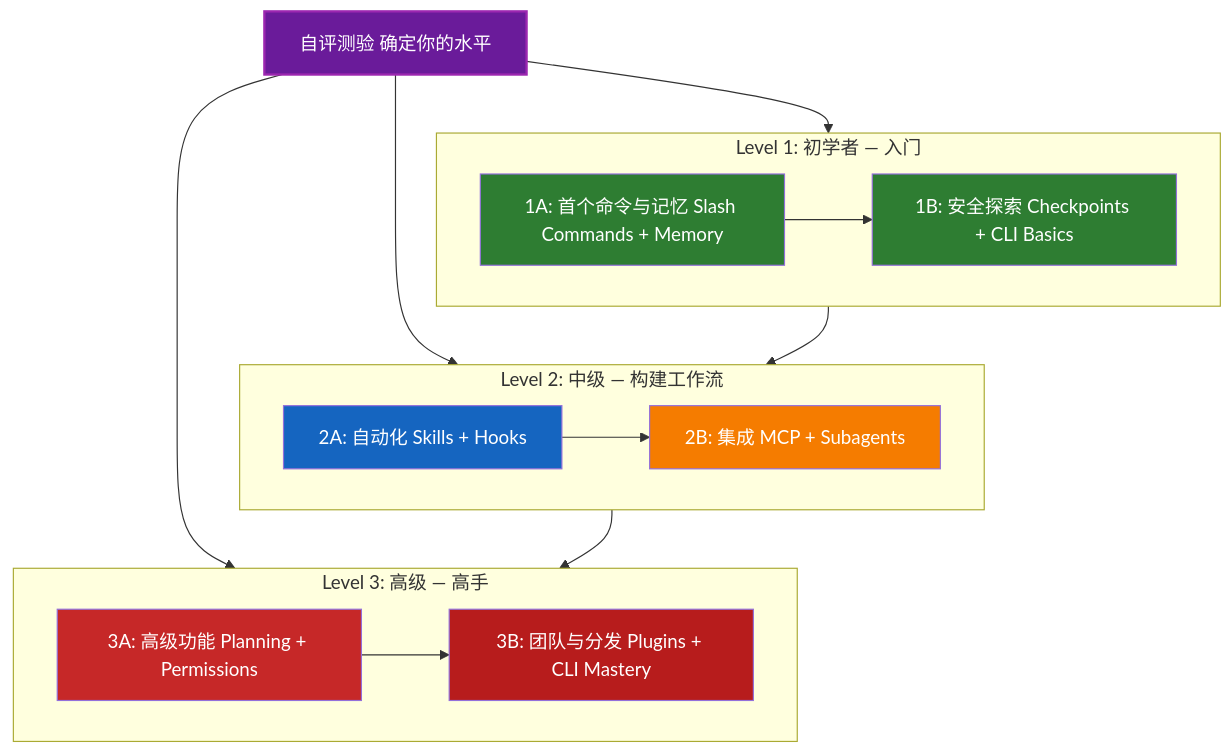
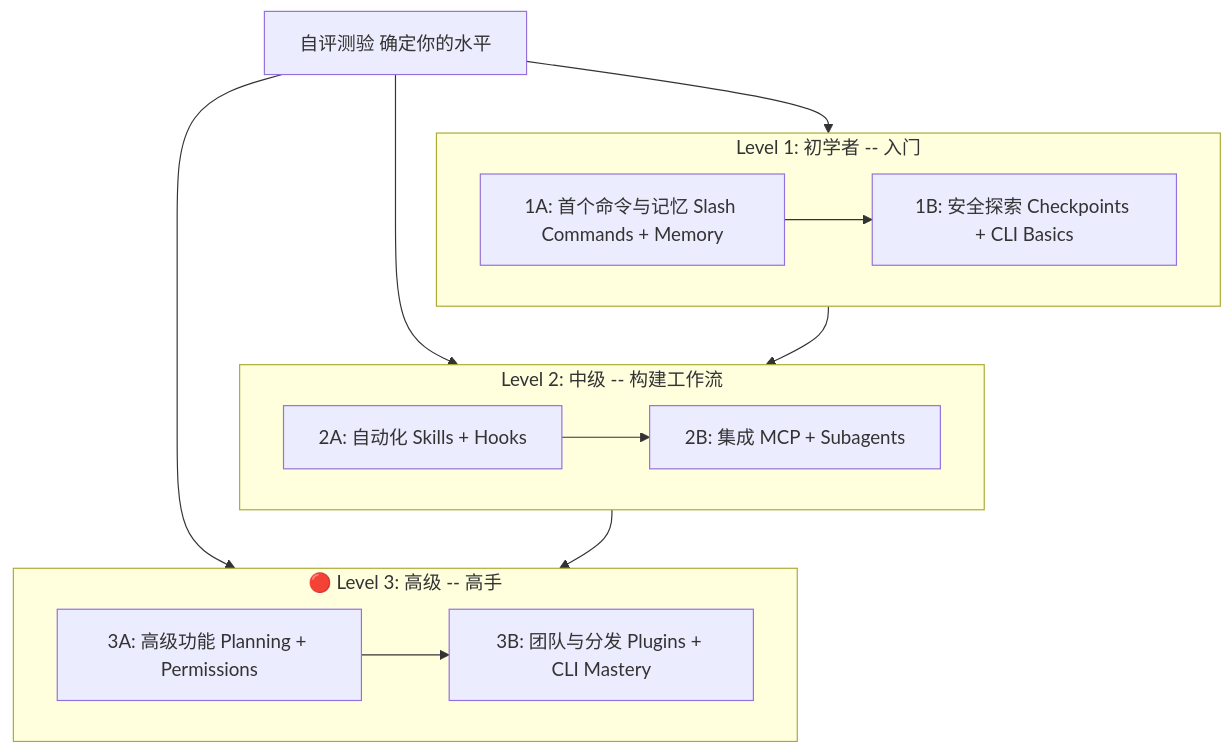
Before and after one commit to Rx782-Fss/claude-howto-zh: the diagram in LEARNING-ROADMAP.md, drawn with Mermaid. The commit also changed other lines of this file and 104 other files, not shown here.

````diff
--- a/LEARNING-ROADMAP.md
+++ b/LEARNING-ROADMAP.md
@@ -55,32 +55,25 @@
 ```mermaid
 graph TD
     Q[" 自评测验 确定你的水平"] --> L1
     Q --> L2
     Q --> L3
 
-    subgraph L1[" Level 1: 初学者 — 入门"]
+    subgraph L1[" Level 1: 初学者 -- 入门"]
         direction LR
         A["1A: 首个命令与记忆 Slash Commands + Memory"] --> B["1B: 安全探索 Checkpoints + CLI Basics"]
     end
 
-    subgraph L2[" Level 2: 中级 — 构建工作流"]
+    subgraph L2[" Level 2: 中级 -- 构建工作流"]
         direction LR
         C["2A: 自动化 Skills + Hooks"] --> D["2B: 集成 MCP + Subagents"]
     end
 
-    subgraph L3[" Level 3: 高级 — 高手"]
+    subgraph L3["🔴 Level 3: 高级 -- 高手"]
         direction LR
         E["3A: 高级功能 Planning + Permissions"] --> F["3B: 团队与分发 Plugins + CLI Mastery"]
     end
 
     L1 --> L2
     L2 --> L3
 
-    style Q fill:#6A1B9A,color:#fff,stroke:#9C27B0,stroke-width:2px
-    style A fill:#2E7D32,color:#fff
-    style B fill:#2E7D32,color:#fff
-    style C fill:#1565C0,color:#fff
-    style D fill:#F57C00,color:#fff
-    style E fill:#C62828,color:#fff
-    style F fill:#B71C1C,color:#fff
 ```
````
